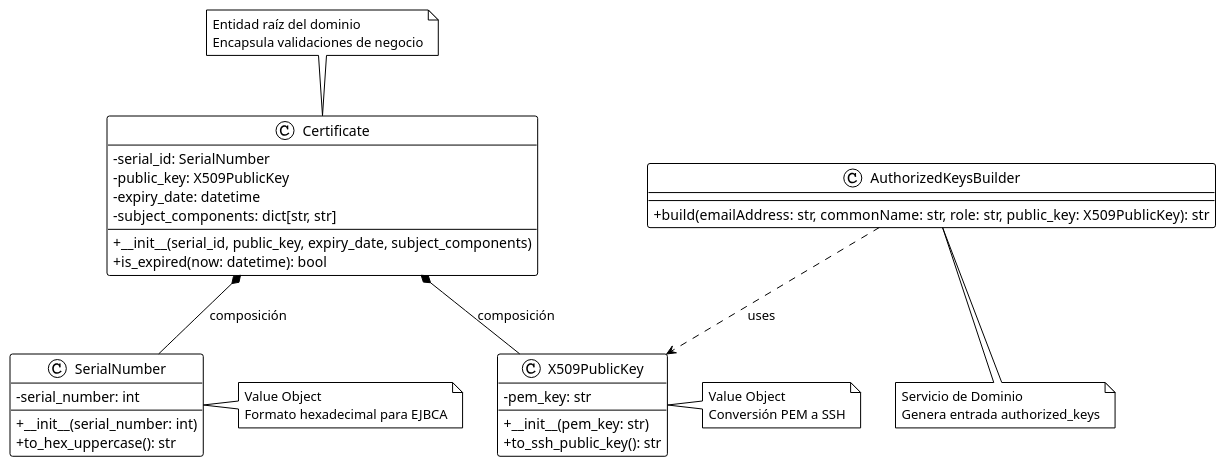
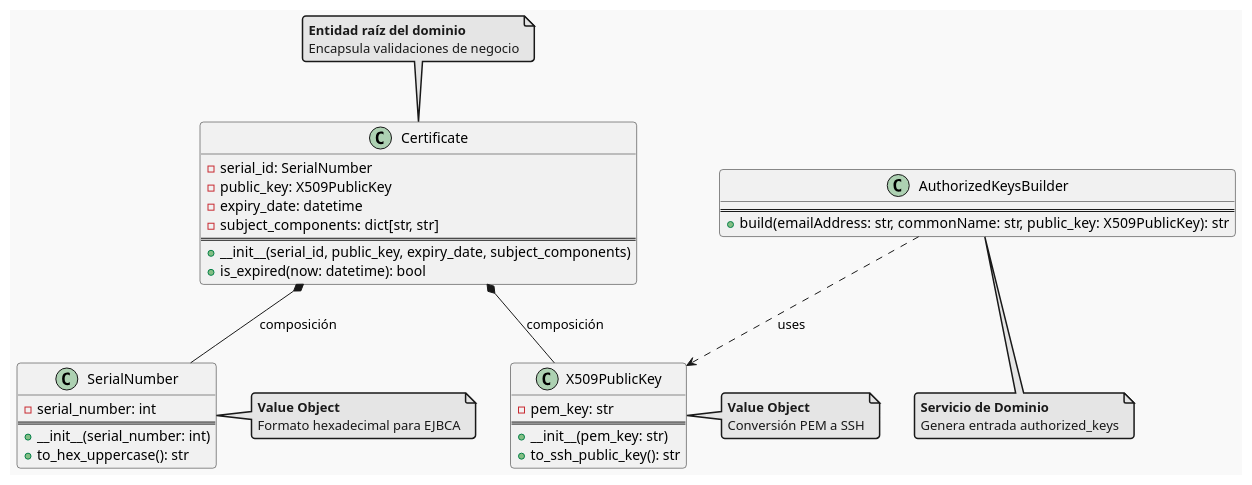
One commit to brunoperezm/ejbca-tesis changed the diagram in documentation/level4-diagrams/domain.plantuml. Above: the diagram before and after it, drawn with PlantUML. The commit also changed 9 other files, not shown here.

Commit message:
Agrega diagramas de capa de infraestructura

```diff
--- a/documentation/level4-diagrams/domain.plantuml
+++ b/documentation/level4-diagrams/domain.plantuml
@@ -1,42 +1,56 @@
 @startuml
-!theme plain
-skinparam classAttributeIconSize 0
+!theme mars
 
 class Certificate {
     - serial_id: SerialNumber
     - public_key: X509PublicKey  
     - expiry_date: datetime
     - subject_components: dict[str, str]
-    --
+    ====
     + __init__(serial_id, public_key, expiry_date, subject_components)
     + is_expired(now: datetime): bool
 }
 
 class SerialNumber {
     - serial_number: int
-    --
+    ====
     + __init__(serial_number: int)
     + to_hex_uppercase(): str
 }
 
 class X509PublicKey {
     - pem_key: str
-    --
+    ====
     + __init__(pem_key: str)
     + to_ssh_public_key(): str
 }
 
 class AuthorizedKeysBuilder {
-    --
-    + build(emailAddress: str, commonName: str, role: str, public_key: X509PublicKey): str
+    ====
+    + build(emailAddress: str, commonName: str, public_key: X509PublicKey): str
 }
 
 Certificate *-- SerialNumber : composición
 Certificate *-- X509PublicKey : composición
 AuthorizedKeysBuilder ..> X509PublicKey : uses
 
-note top of Certificate : Entidad raíz del dominio\nEncapsula validaciones de negocio
-note right of SerialNumber : Value Object\nFormato hexadecimal para EJBCA
-note right of X509PublicKey : Value Object\nConversión PEM a SSH
-note bottom of AuthorizedKeysBuilder : Servicio de Dominio\nGenera entrada authorized_keys
+note top of Certificate
+  **Entidad raíz del dominio**
+  Encapsula validaciones de negocio
+end note
+
+note right of SerialNumber
+  **Value Object**
+  Formato hexadecimal para EJBCA
+end note
+
+note right of X509PublicKey
+  **Value Object**
+  Conversión PEM a SSH
+end note
+
+note bottom of AuthorizedKeysBuilder
+  **Servicio de Dominio**
+  Genera entrada authorized_keys
+end note
 @enduml
```
